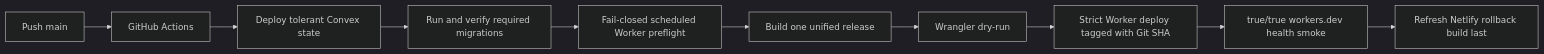
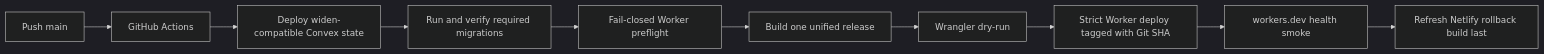
The diagram in docs/deployment.md (ndelangen/dunezone), drawn with Mermaid (dark theme) before and after one commit. The commit also changed other lines of this file and 57 other files, not shown here.

````diff
--- a/docs/deployment.md
+++ b/docs/deployment.md
@@ -155,12 +172,12 @@
 ```mermaid
 flowchart LR
     Git[Push main] --> GHA[GitHub Actions]
-    GHA --> ConvexDeploy[Deploy tolerant Convex state]
+    GHA --> ConvexDeploy[Deploy widen-compatible Convex state]
     ConvexDeploy --> Migrations[Run and verify required migrations]
-    Migrations --> Preflight[Fail-closed scheduled Worker preflight]
+    Migrations --> Preflight[Fail-closed Worker preflight]
     Preflight --> Build[Build one unified release]
     Build --> DryRun[Wrangler dry-run]
     DryRun --> WorkerDeploy[Strict Worker deploy tagged with Git SHA]
-    WorkerDeploy --> Smoke[true/true workers.dev health smoke]
+    WorkerDeploy --> Smoke[workers.dev health smoke]
     Smoke --> NetlifyDeploy[Refresh Netlify rollback build last]
 ```
````
